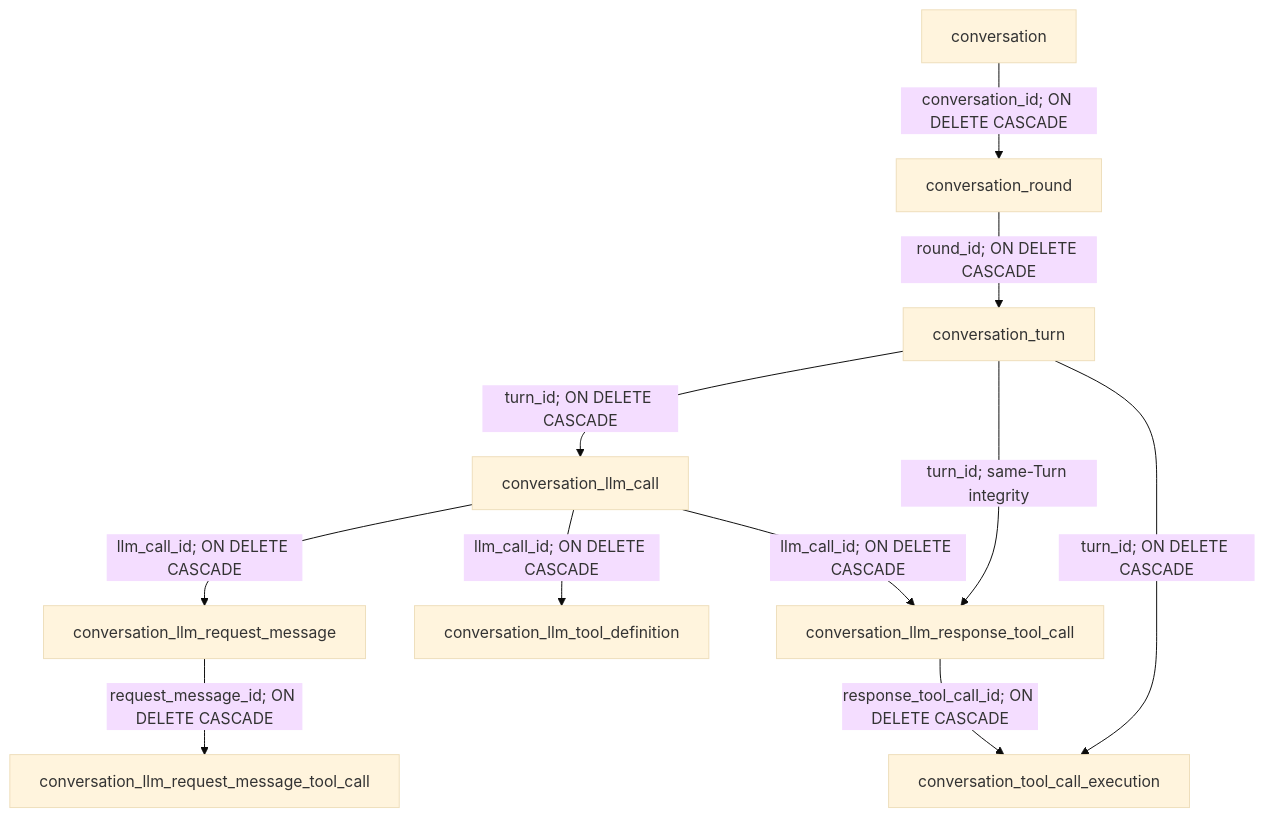
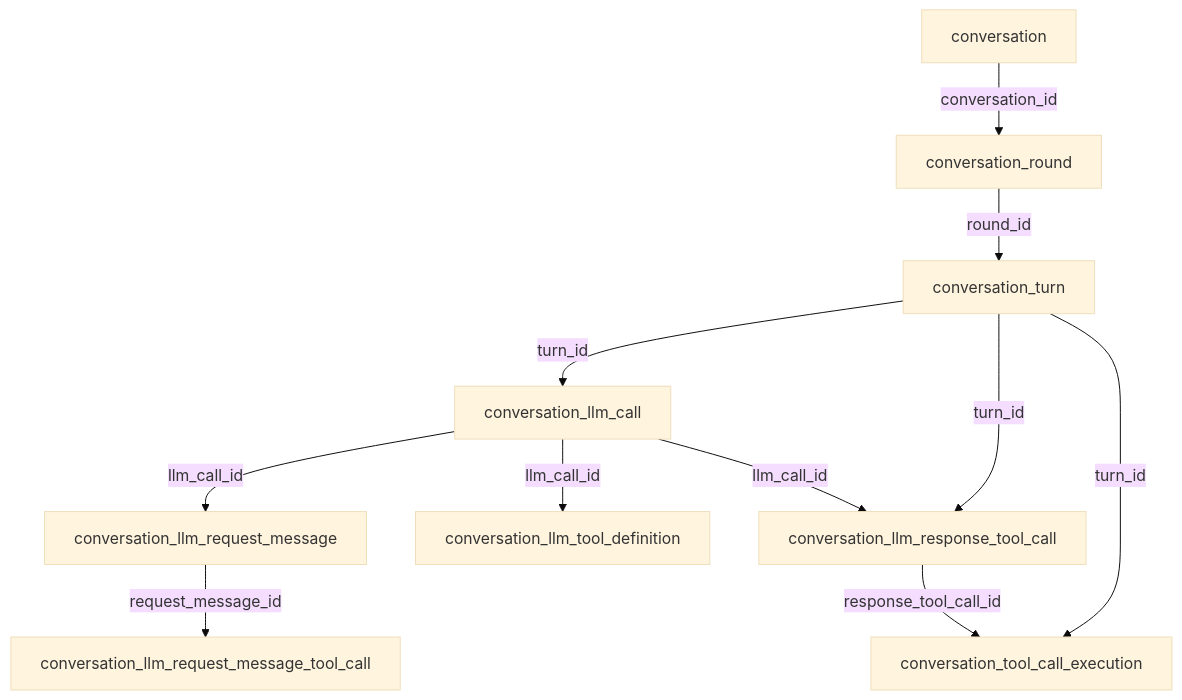
The first of 2 diagrams in docs/conversation-execution-persistence-relationships.md (Inspiration-Frontline/conversation-manager), drawn with Mermaid (base theme) before and after one commit. The commit also changed other lines of this file and 10 other files, not shown here.

````diff
--- a/docs/conversation-execution-persistence-relationships.md
+++ b/docs/conversation-execution-persistence-relationships.md
@@ -46,23 +48,23 @@
 ```mermaid
 flowchart TD
     CONVERSATION["conversation"]
     ROUND["conversation_round"]
     TURN["conversation_turn"]
     LLM_CALL["conversation_llm_call"]
     REQUEST_MESSAGE["conversation_llm_request_message"]
     REQUEST_TOOL_CALL["conversation_llm_request_message_tool_call"]
     TOOL_DEFINITION["conversation_llm_tool_definition"]
     RESPONSE_TOOL_CALL["conversation_llm_response_tool_call"]
     TOOL_EXECUTION["conversation_tool_call_execution"]
 
-    CONVERSATION -->|"conversation_id; ON DELETE CASCADE"| ROUND
-    ROUND -->|"round_id; ON DELETE CASCADE"| TURN
-    TURN -->|"turn_id; ON DELETE CASCADE"| LLM_CALL
-    LLM_CALL -->|"llm_call_id; ON DELETE CASCADE"| REQUEST_MESSAGE
-    REQUEST_MESSAGE -->|"request_message_id; ON DELETE CASCADE"| REQUEST_TOOL_CALL
-    LLM_CALL -->|"llm_call_id; ON DELETE CASCADE"| TOOL_DEFINITION
-    LLM_CALL -->|"llm_call_id; ON DELETE CASCADE"| RESPONSE_TOOL_CALL
-    TURN -->|"turn_id; same-Turn integrity"| RESPONSE_TOOL_CALL
-    TURN -->|"turn_id; ON DELETE CASCADE"| TOOL_EXECUTION
-    RESPONSE_TOOL_CALL -->|"response_tool_call_id; ON DELETE CASCADE"| TOOL_EXECUTION
+    CONVERSATION -->|"conversation_id"| ROUND
+    ROUND -->|"round_id"| TURN
+    TURN -->|"turn_id"| LLM_CALL
+    LLM_CALL -->|"llm_call_id"| REQUEST_MESSAGE
+    REQUEST_MESSAGE -->|"request_message_id"| REQUEST_TOOL_CALL
+    LLM_CALL -->|"llm_call_id"| TOOL_DEFINITION
+    LLM_CALL -->|"llm_call_id"| RESPONSE_TOOL_CALL
+    TURN -->|"turn_id"| RESPONSE_TOOL_CALL
+    TURN -->|"turn_id"| TOOL_EXECUTION
+    RESPONSE_TOOL_CALL -->|"response_tool_call_id"| TOOL_EXECUTION
 ```
````
